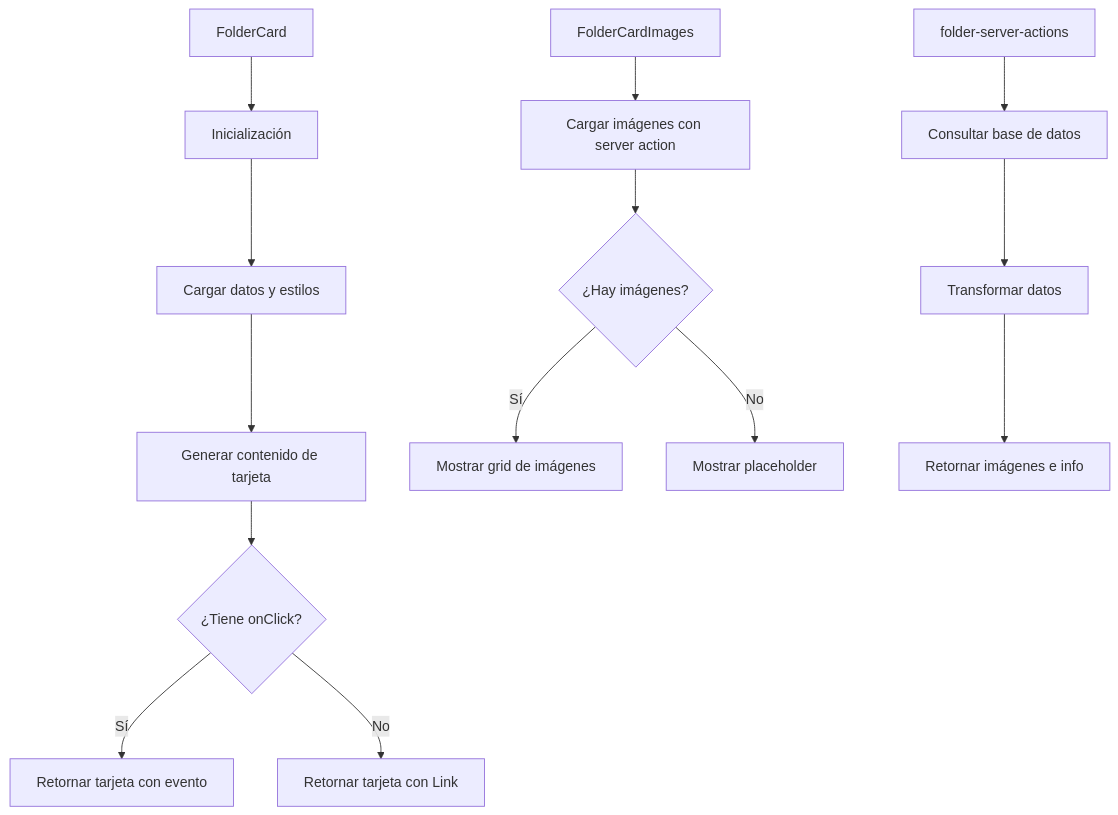
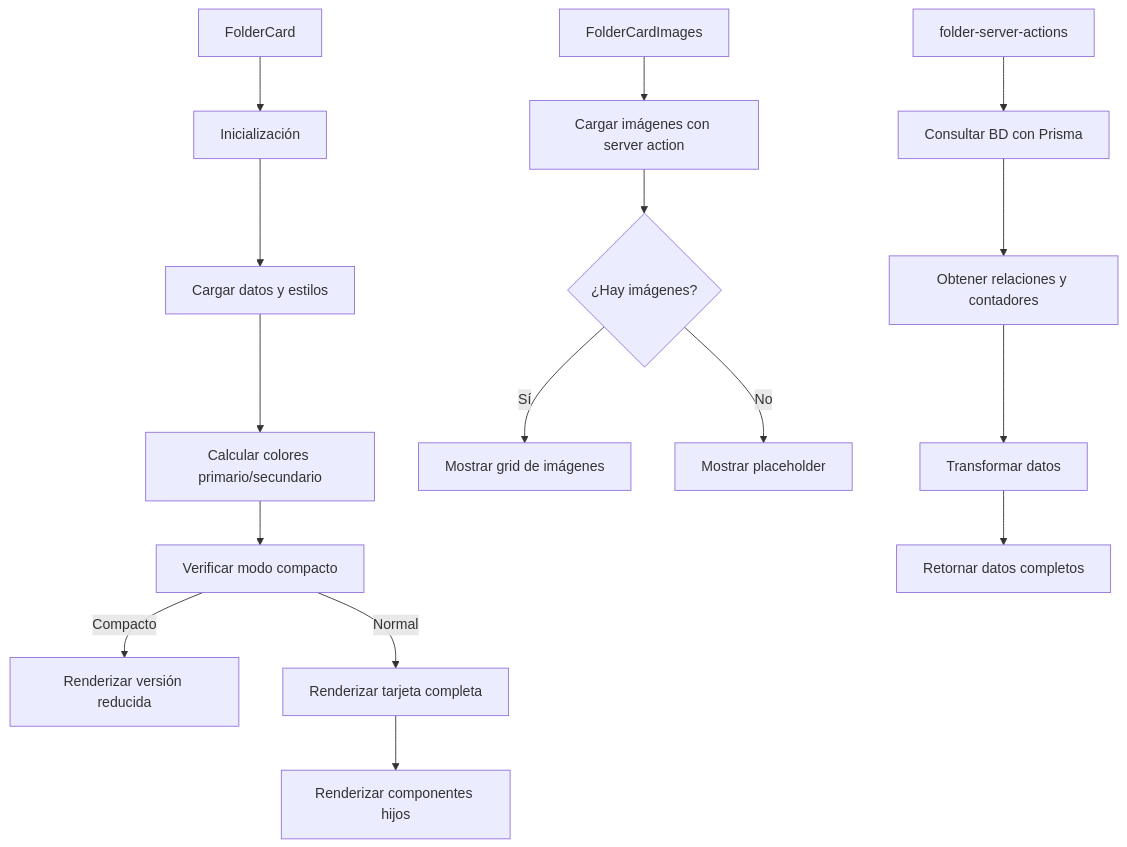
Before and after one commit to gvastethecreator/media-manager: the diagram in src/components/cards/folder-card/README.md, drawn with Mermaid. The commit also changed other lines of this file and 244 other files, not shown here.

````diff
--- a/src/components/cards/folder-card/README.md
+++ b/src/components/cards/folder-card/README.md
@@ -17,18 +19,20 @@
 ```mermaid
 graph TD
     A[FolderCard] --> B[Inicialización]
     B --> C[Cargar datos y estilos]
-    C --> D[Generar contenido de tarjeta]
-    D --> E{¿Tiene onClick?}
-    E -->|Sí| F[Retornar tarjeta con evento]
-    E -->|No| G[Retornar tarjeta con Link]
+    C --> D[Calcular colores primario/secundario]
+    D --> E[Verificar modo compacto]
+    E -->|Compacto| F[Renderizar versión reducida]
+    E -->|Normal| G[Renderizar tarjeta completa]
+    G --> H[Renderizar componentes hijos]
 
-    H[FolderCardImages] --> I[Cargar imágenes con server action]
-    I --> J{¿Hay imágenes?}
-    J -->|Sí| K[Mostrar grid de imágenes]
-    J -->|No| L[Mostrar placeholder]
+    I[FolderCardImages] --> J[Cargar imágenes con server action]
+    J --> K{¿Hay imágenes?}
+    K -->|Sí| L[Mostrar grid de imágenes]
+    K -->|No| M[Mostrar placeholder]
 
-    M[folder-server-actions] --> N[Consultar base de datos]
-    N --> O[Transformar datos]
-    O --> P[Retornar imágenes e info]
+    N[folder-server-actions] --> O[Consultar BD con Prisma]
+    O --> P[Obtener relaciones y contadores]
+    P --> Q[Transformar datos]
+    Q --> R[Retornar datos completos]
 ```
````
